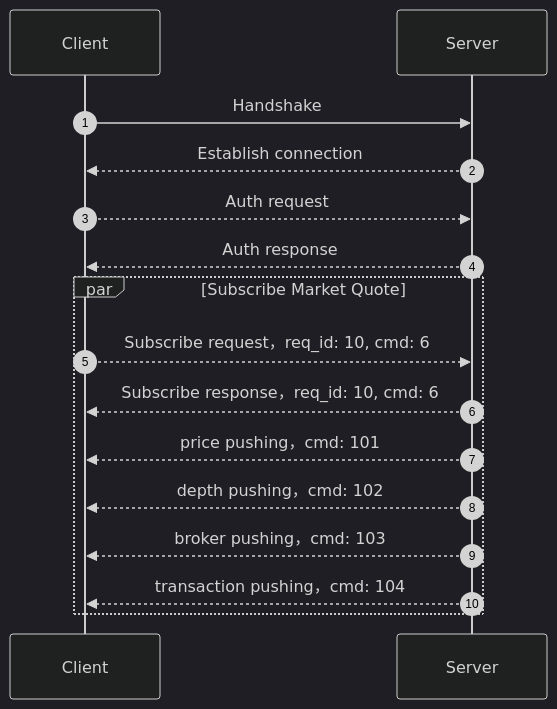
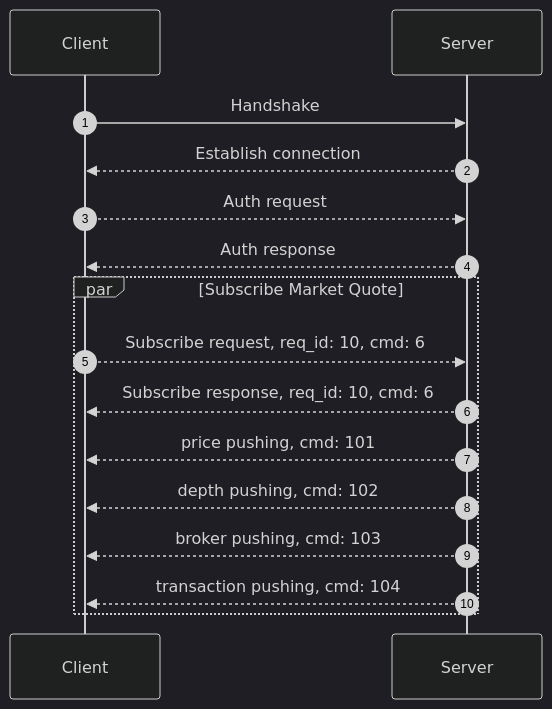
One commit to longbridge/developers changed the diagram in docs/en/docs/socket/how_to_subscribe_quote.mdx. Above: the diagram before and after it, drawn with Mermaid (dark theme). The commit also changed other lines of this file and 32 other files, not shown here.

````diff
--- a/docs/en/docs/socket/how_to_subscribe_quote.mdx
+++ b/docs/en/docs/socket/how_to_subscribe_quote.mdx
@@ -26,20 +26,20 @@
 ```mermaid
 sequenceDiagram
 autonumber
 Client ->> Server: Handshake
 Server -->> Client: Establish connection
 Client -->> Server: Auth request
 Server -->> Client: Auth response
 
 par Subscribe Market Quote
-Client -->> Server: Subscribe request，req_id: 10, cmd: 6
-Server -->> Client: Subscribe response，req_id: 10, cmd: 6
+Client -->> Server: Subscribe request, req_id: 10, cmd: 6
+Server -->> Client: Subscribe response, req_id: 10, cmd: 6
 
-Server -->> Client: price pushing，cmd: 101
-Server -->> Client: depth pushing，cmd: 102
-Server -->> Client: broker pushing，cmd: 103
-Server -->> Client: transaction pushing，cmd: 104
+Server -->> Client: price pushing, cmd: 101
+Server -->> Client: depth pushing, cmd: 102
+Server -->> Client: broker pushing, cmd: 103
+Server -->> Client: transaction pushing, cmd: 104
 
 end
 
 ```
````
